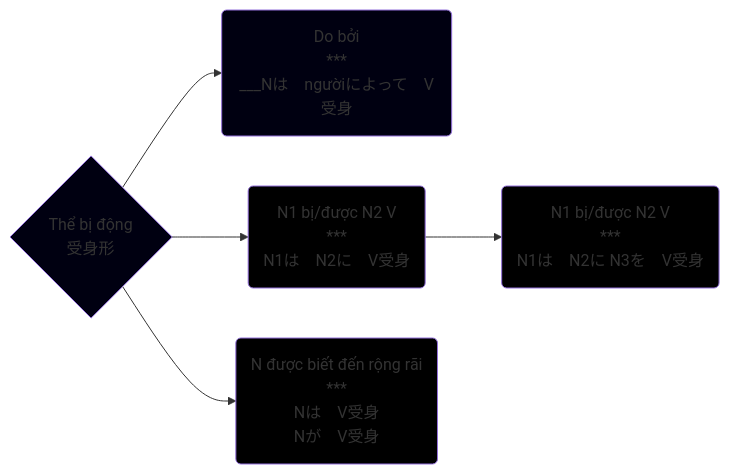
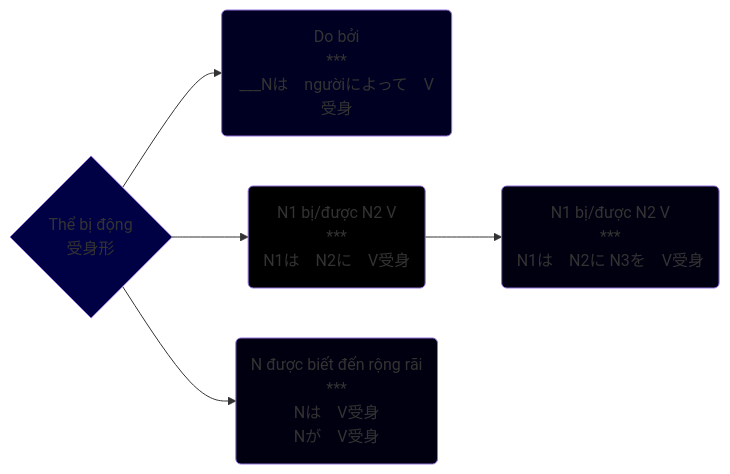
One commit to tea1504/learn changed the diagram in The/受身形.md. Above: the diagram before and after it, drawn with Mermaid. The commit also changed 14 other files, not shown here.

````diff
--- a/The/受身形.md
+++ b/The/受身形.md
@@ -2,16 +2,16 @@
 ```mermaid
 graph LR;
     V{Thể bị động\n受身形}
 
     V-->doBoi(Do bởi\n***\n___Nは　ngườiによって　V受身)
     V-->N1BiDuocN2V(N1 bị/được N2 V\n***\nN1は　N2に　V受身)
     N1BiDuocN2V-->N1BiDuocN2V2(N1 bị/được N2 V\n***\nN1は　N2に N3を　V受身)
     V-->bietDenRongRai(N được biết đến rộng rãi\n***\nNは　V受身\nNが　V受身)
 
 
-    style V fill:#001
-    style doBoi fill:#001
+    style V fill:#004
+    style doBoi fill:#002
     style N1BiDuocN2V fill:#000
-    style N1BiDuocN2V2 fill:#000
-    style bietDenRongRai fill:#000
+    style N1BiDuocN2V2 fill:#001
+    style bietDenRongRai fill:#001
 ```
````
